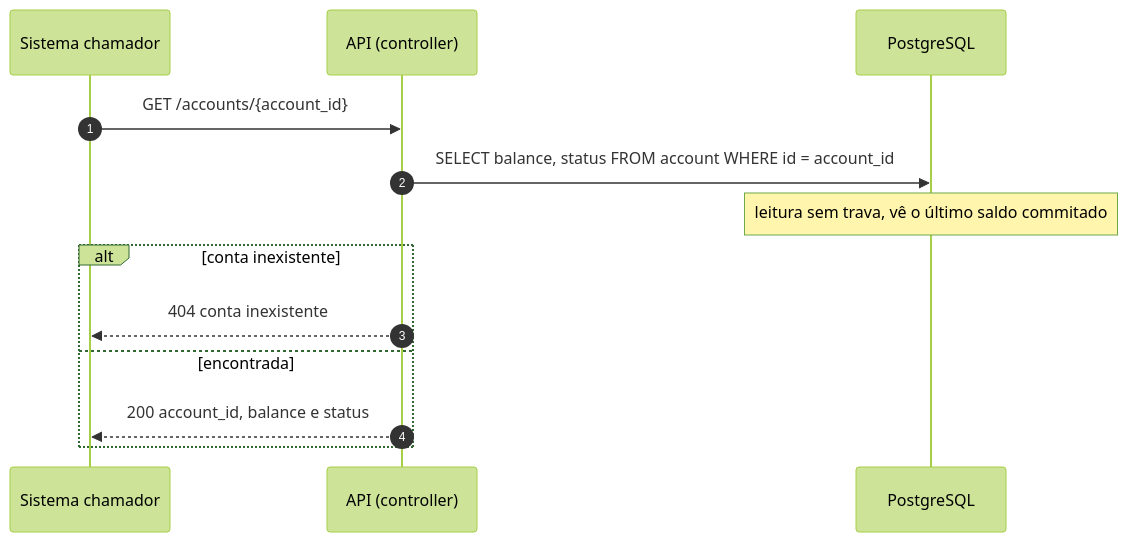
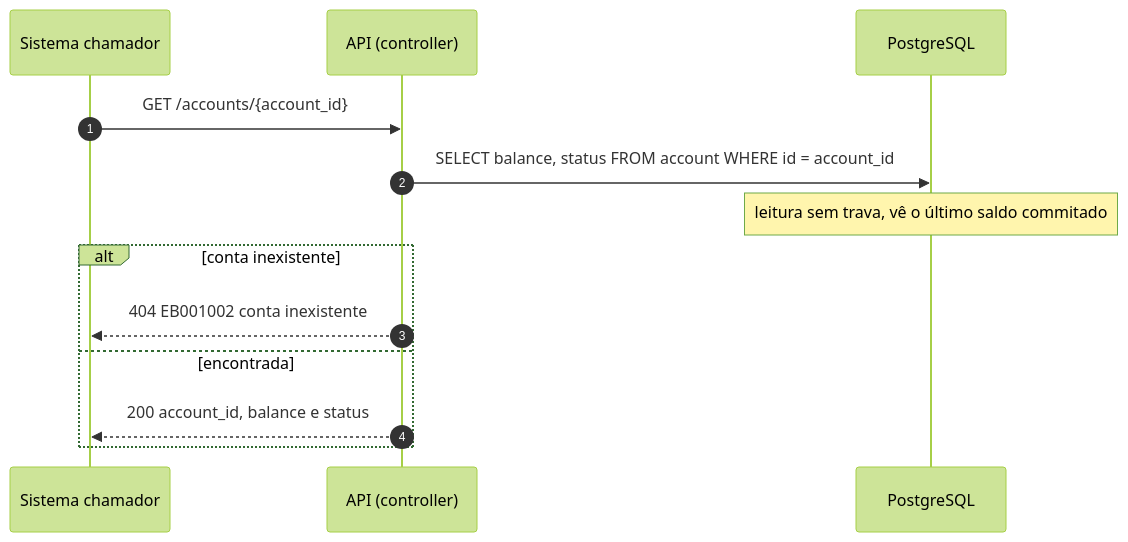
The fifth of 10 diagrams in bootcamp-rfc-modelo.md (fernandobvm/bootcamp-qi-26-bankrepo), drawn with Mermaid (forest theme) before and after one commit. The commit also changed other lines of this file and 1 other file, not shown here.

````diff
--- a/bootcamp-rfc-modelo.md
+++ b/bootcamp-rfc-modelo.md
@@ -245,16 +274,16 @@
 ```mermaid
 sequenceDiagram
     autonumber
     participant S as Sistema chamador
     participant API as API (controller)
     participant DB as PostgreSQL
 
     S->>API: GET /accounts/{account_id}
     API->>DB: SELECT balance, status FROM account WHERE id = account_id
     Note over DB: leitura sem trava, vê o último saldo commitado
     alt conta inexistente
-        API-->>S: 404 conta inexistente
+        API-->>S: 404 EB001002 conta inexistente
     else encontrada
         API-->>S: 200 account_id, balance e status
     end
 ```
````
